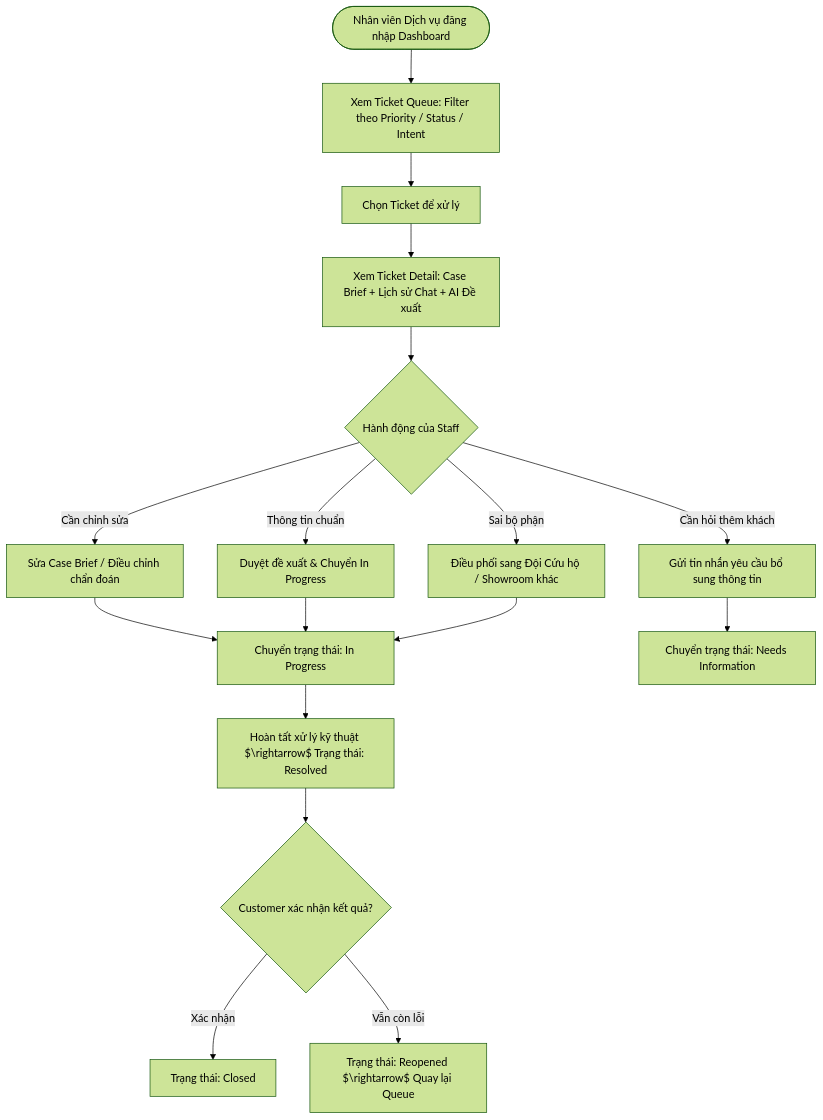
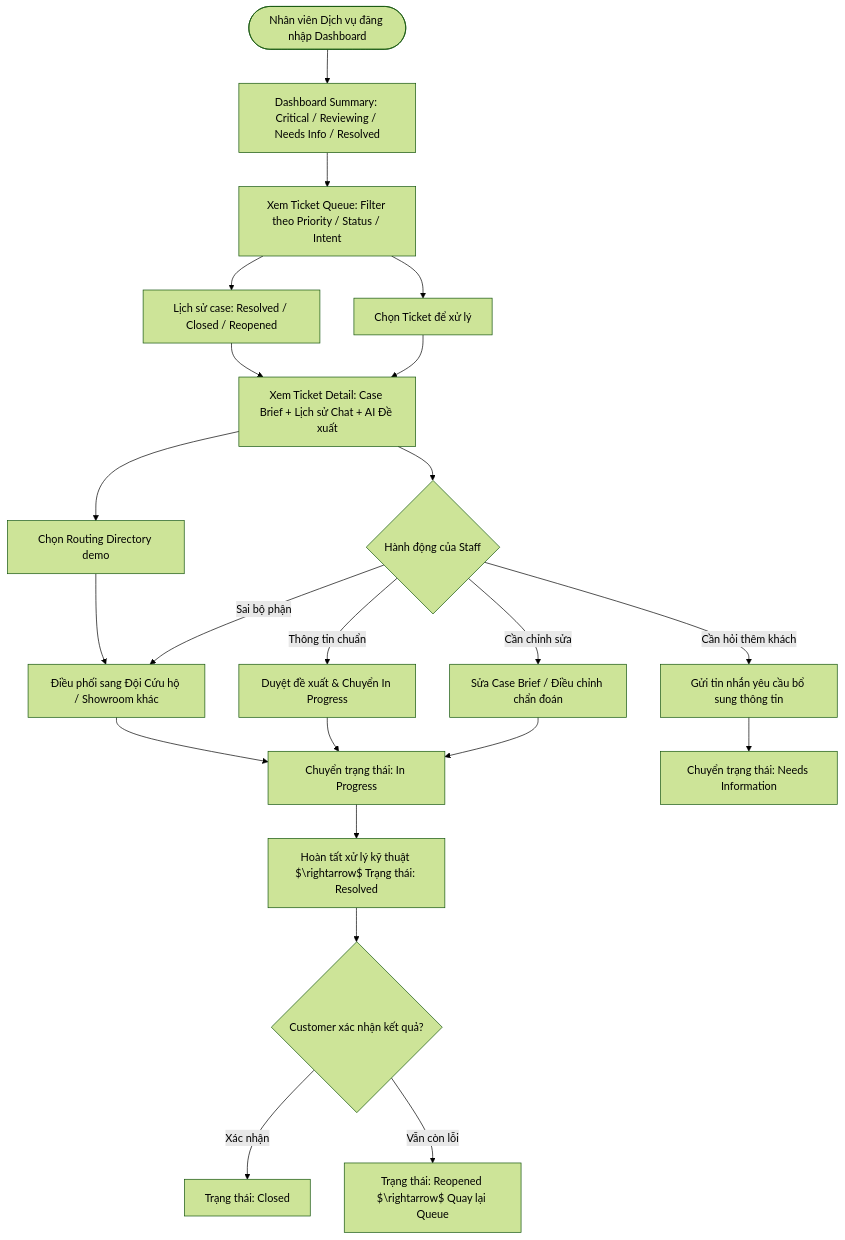
The second of 3 diagrams in docs/product/user-flows.md (TheViet298/viet-ai), drawn with Mermaid (forest theme) before and after one commit. The commit also changed other lines of this file and 6 other files, not shown here.

````diff
--- a/docs/product/user-flows.md
+++ b/docs/product/user-flows.md
@@ -80,23 +80,29 @@
 ```mermaid
 flowchart TD
-    StaffLogin([Nhân viên Dịch vụ đăng nhập Dashboard]) --> ViewQueue[Xem Ticket Queue: Filter theo Priority / Status / Intent]
+    StaffLogin([Nhân viên Dịch vụ đăng nhập Dashboard]) --> Dashboard[Dashboard Summary: Critical / Reviewing / Needs Info / Resolved]
+    Dashboard --> ViewQueue[Xem Ticket Queue: Filter theo Priority / Status / Intent]
     ViewQueue --> SelectTicket[Chọn Ticket để xử lý]
     SelectTicket --> ViewDetail[Xem Ticket Detail: Case Brief + Lịch sử Chat + AI Đề xuất]
     
     ViewDetail --> StaffAction{Hành động của Staff}
     
     StaffAction -->|Thông tin chuẩn| Approve[Duyệt đề xuất & Chuyển In Progress]
     StaffAction -->|Cần chỉnh sửa| EditBrief[Sửa Case Brief / Điều chỉnh chẩn đoán]
     StaffAction -->|Sai bộ phận| Reroute[Điều phối sang Đội Cứu hộ / Showroom khác]
     StaffAction -->|Cần hỏi thêm khách| AskCustomer[Gửi tin nhắn yêu cầu bổ sung thông tin]
     
     EditBrief --> InProgress[Chuyển trạng thái: In Progress]
     Approve --> InProgress
     Reroute --> InProgress
     AskCustomer --> AwaitingCust[Chuyển trạng thái: Needs Information]
     
     InProgress --> ResolveTicket[Hoàn tất xử lý kỹ thuật $\rightarrow$ Trạng thái: Resolved]
     ResolveTicket --> ConfirmCustomer{Customer xác nhận kết quả?}
     ConfirmCustomer -->|Xác nhận| CloseTicket[Trạng thái: Closed]
     ConfirmCustomer -->|Vẫn còn lỗi| ReopenTicket[Trạng thái: Reopened $\rightarrow$ Quay lại Queue]
+
+    ViewQueue --> CaseHistory[Lịch sử case: Resolved / Closed / Reopened]
+    CaseHistory --> ViewDetail
+    ViewDetail --> RoutingDirectory[Chọn Routing Directory demo]
+    RoutingDirectory --> Reroute
 ```
````
